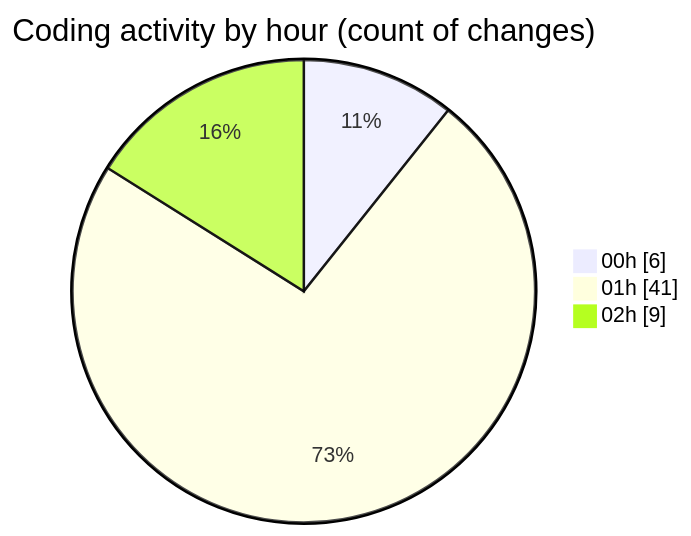
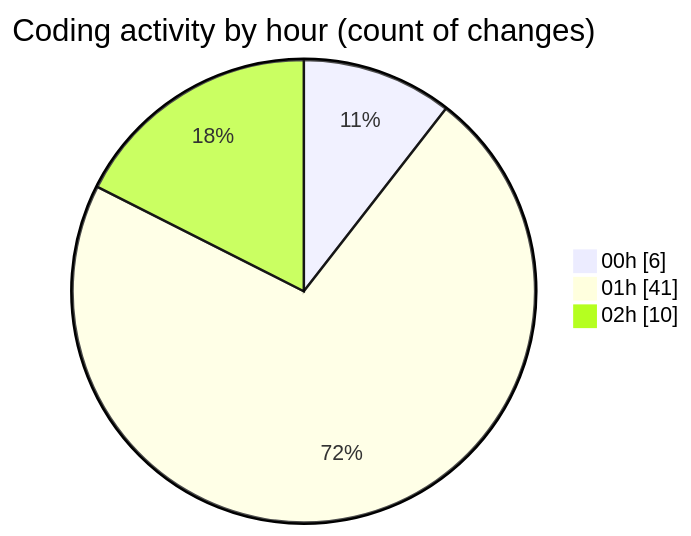
One commit to JenPaints/code-tracking changed the second of 2 diagrams in 2025-06-22/archive/README.md. Above: the diagram before and after it, drawn with Mermaid. The commit also changed other lines of this file and 1 other file, not shown here.

````diff
--- a/2025-06-22/archive/README.md
+++ b/2025-06-22/archive/README.md
@@ -35,7 +35,7 @@
 ```mermaid
 pie showData
 title Coding activity by hour (count of changes)
 "00h" : 6
 "01h" : 41
-"02h" : 9
+"02h" : 10
 ```
````
